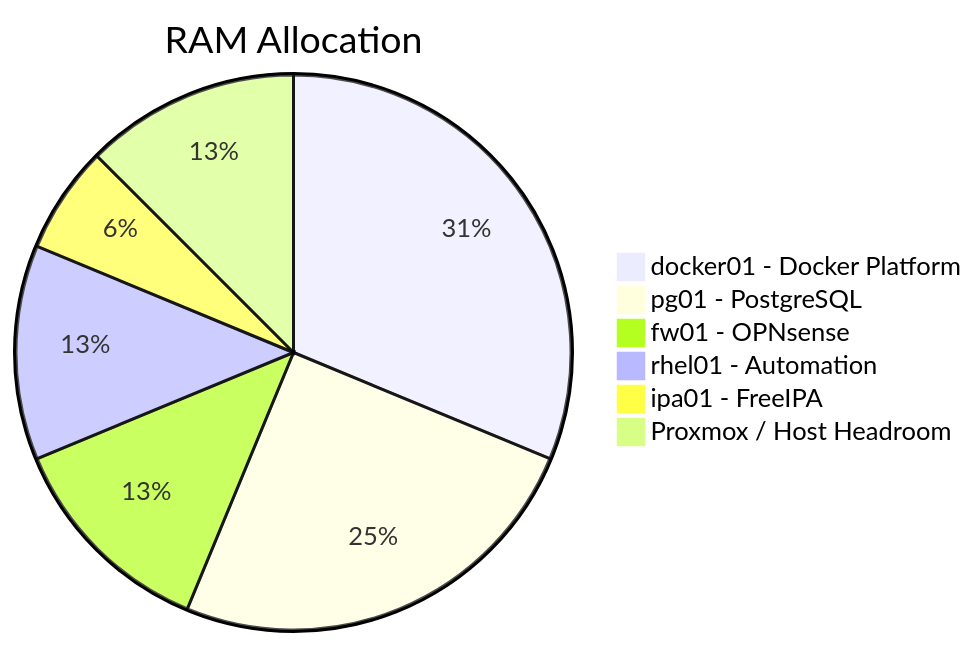
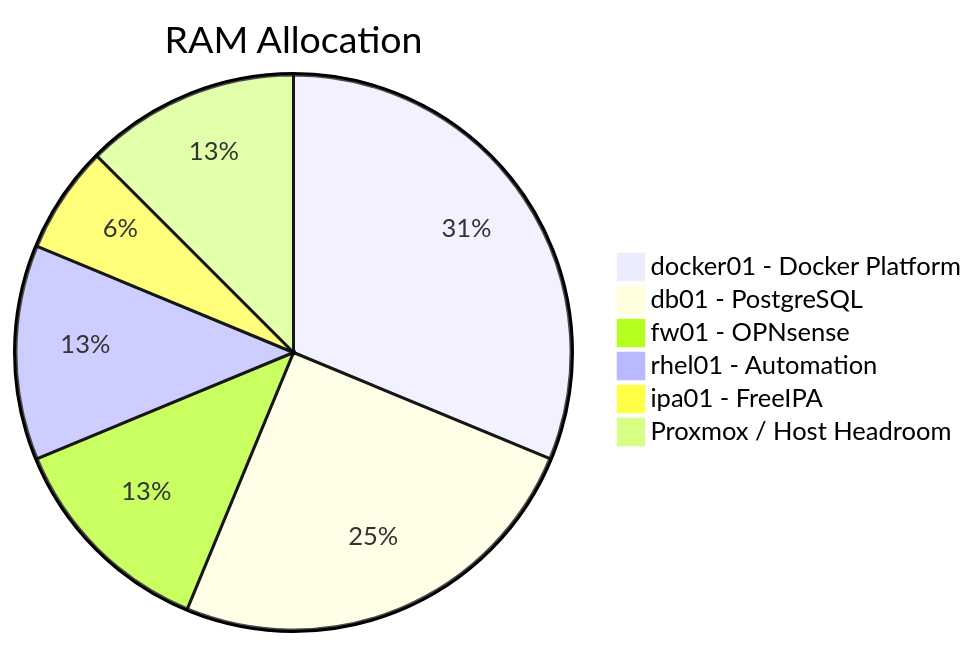
Before and after one commit to O2BUCAK/EnterpriseReferenceArchitecture: the fourth of 14 diagrams in docs/02-resource-matrix/vm-resource-matrix.md, drawn with Mermaid. The commit also changed other lines of this file, not shown here.

````diff
--- a/docs/02-resource-matrix/vm-resource-matrix.md
+++ b/docs/02-resource-matrix/vm-resource-matrix.md
@@ -208,9 +208,9 @@
 ```mermaid
 pie title RAM Allocation
     "docker01 - Docker Platform" : 10
-    "pg01 - PostgreSQL" : 8
+    "db01 - PostgreSQL" : 8
     "fw01 - OPNsense" : 4
     "rhel01 - Automation" : 4
     "ipa01 - FreeIPA" : 2
     "Proxmox / Host Headroom" : 4
 ```
````
